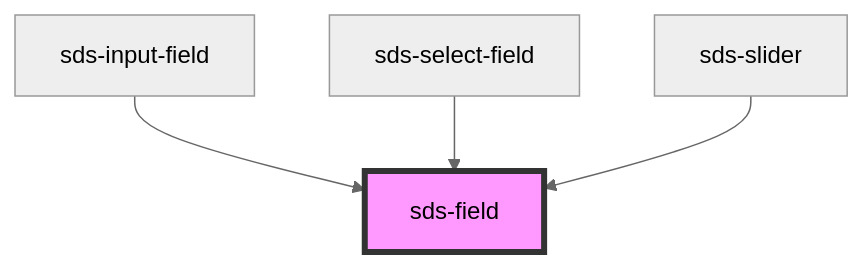
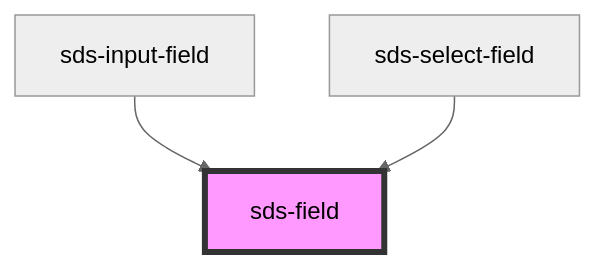
The diagram in packages/sds-web-components/src/ui/primitives/fieldset/sds-field/readme.md (chodgesfigma/sds-mono), drawn with Mermaid (neutral theme) before and after one commit. The commit also changed other lines of this file and 7 other files, not shown here.

````diff
--- a/packages/sds-web-components/src/ui/primitives/fieldset/sds-field/readme.md
+++ b/packages/sds-web-components/src/ui/primitives/fieldset/sds-field/readme.md
@@ -26,7 +25,6 @@
 ```mermaid
 graph TD;
   sds-input-field --> sds-field
   sds-select-field --> sds-field
-  sds-slider --> sds-field
   style sds-field fill:#f9f,stroke:#333,stroke-width:4px
 ```
````
